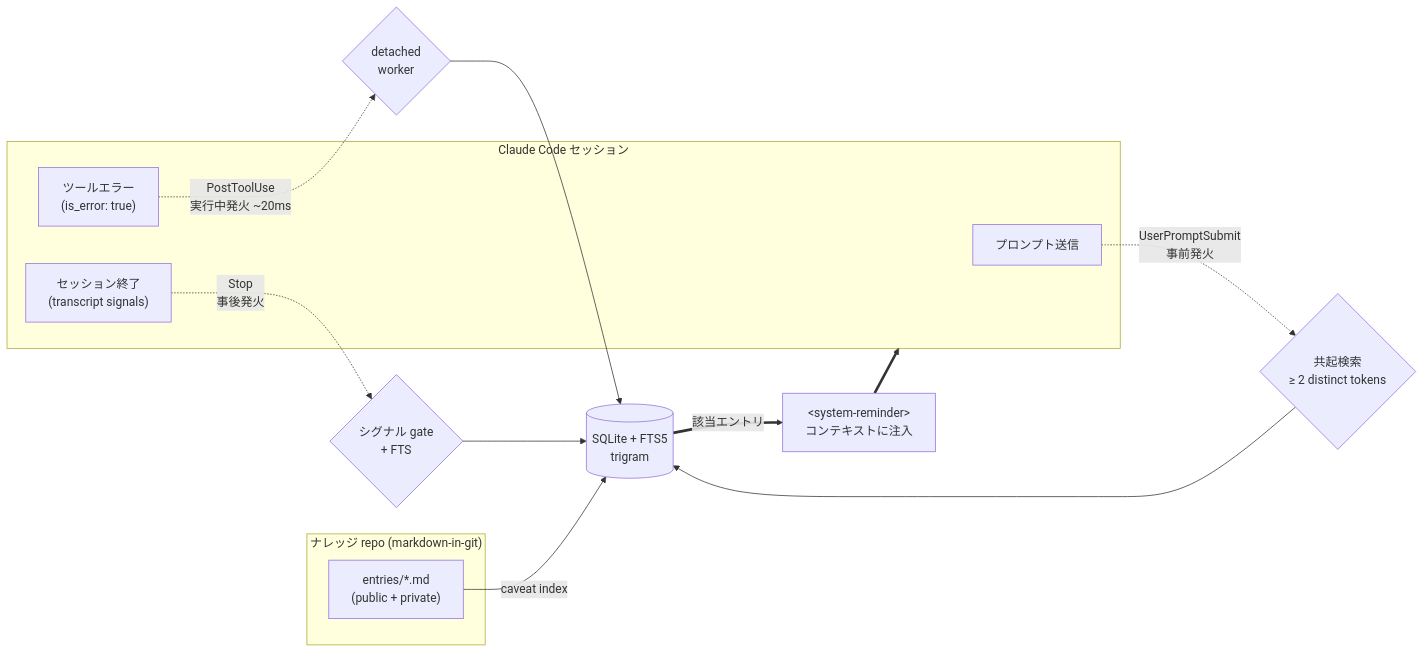
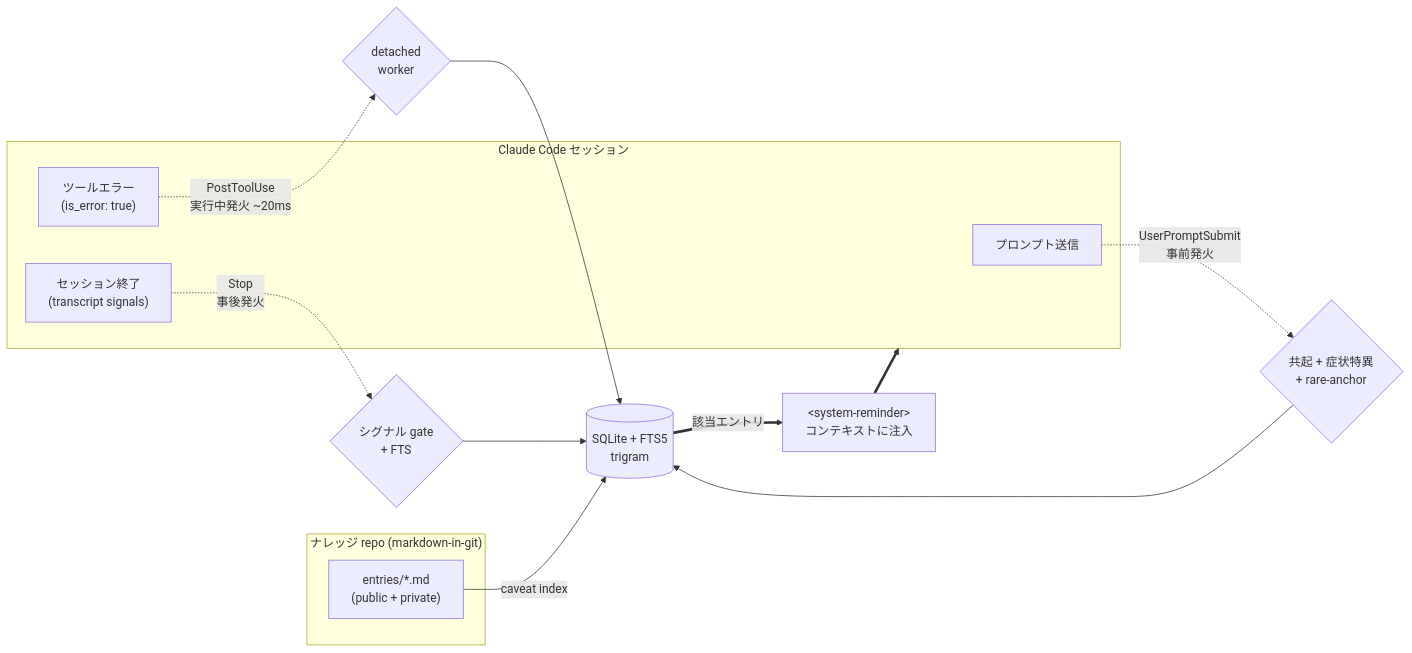
Before and after one commit to kitepon-rgb/Caveat: the diagram in README.ja.md, drawn with Mermaid. The commit also changed other lines of this file and 13 other files, not shown here.

First line of the commit message:
feat(hooks): v0.12.0 — symptom-section + rare-anchor gates kill proper-noun noise

````diff
--- a/README.ja.md
+++ b/README.ja.md
@@ -64,25 +64,25 @@
 ```mermaid
 flowchart LR
     subgraph KB["ナレッジ repo (markdown-in-git)"]
         MD["entries/*.md<br/>(public + private)"]
     end
 
     MD -->|caveat index| FTS[("SQLite + FTS5<br/>trigram")]
 
     subgraph CC["Claude Code セッション"]
         P["プロンプト送信"]
         T["ツールエラー<br/>(is_error: true)"]
         S["セッション終了<br/>(transcript signals)"]
     end
 
-    P -.->|"UserPromptSubmit<br/>事前発火"| H1{"共起検索<br/>≥ 2 distinct tokens"}
+    P -.->|"UserPromptSubmit<br/>事前発火"| H1{"共起 + 症状特異<br/>+ rare-anchor"}
     T -.->|"PostToolUse<br/>実行中発火 ~20ms"| H2{"detached<br/>worker"}
     S -.->|"Stop<br/>事後発火"| H3{"シグナル gate<br/>+ FTS"}
 
     H1 --> FTS
     H2 --> FTS
     H3 --> FTS
 
     FTS ==>|該当エントリ| R["&lt;system-reminder&gt;<br/>コンテキストに注入"]
     R ==> CC
 ```
````
